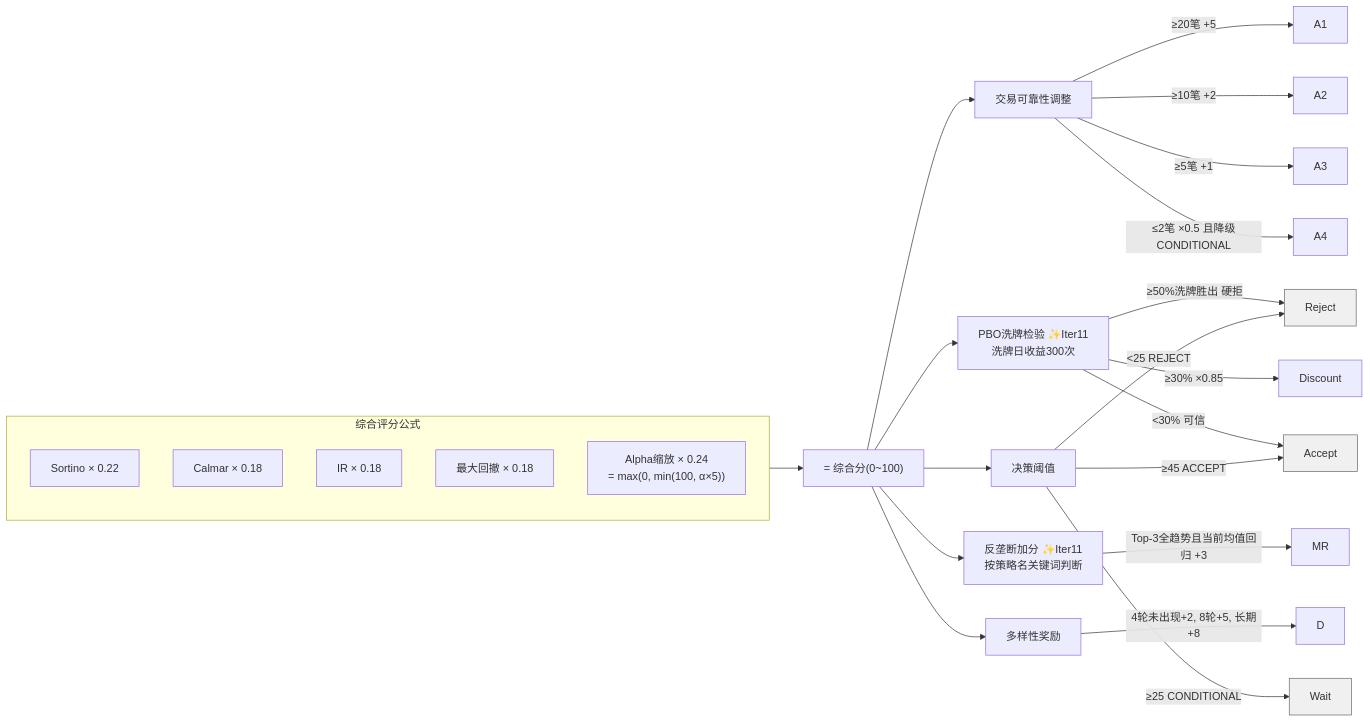
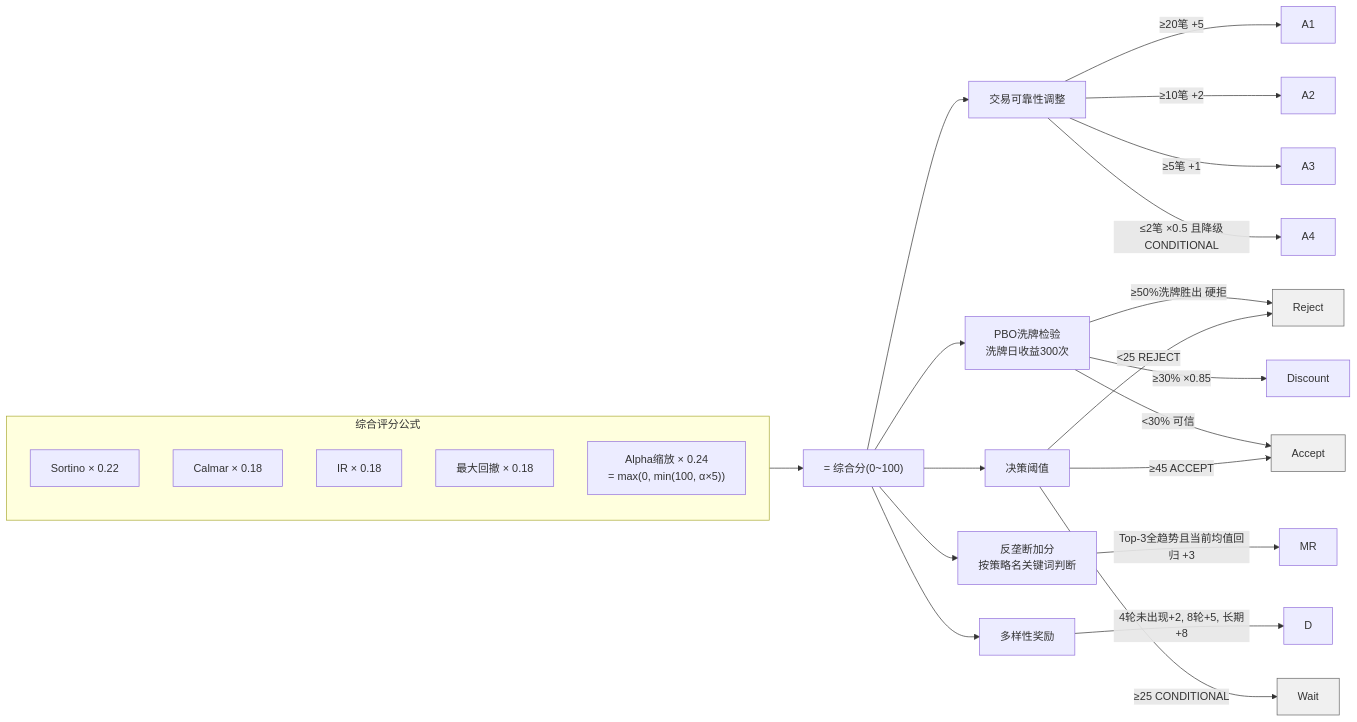
One commit to Readm/quant changed the diagram in dashboard/src/data/strategy/scoring_standards.mmd. Above: the diagram before and after it, drawn with Mermaid. The commit also changed 4 other files, not shown here.

```diff
--- a/dashboard/src/data/strategy/scoring_standards.mmd
+++ b/dashboard/src/data/strategy/scoring_standards.mmd
@@ -1,36 +1,36 @@
 graph LR
     subgraph Composite["综合评分公式"]
         Sortino["Sortino × 0.22"]
         Calmar["Calmar × 0.18"]
         IR["IR × 0.18"]
         Drawdown["最大回撤 × 0.18"]
         AlphaScaled["Alpha缩放 × 0.24<br/>= max(0, min(100, α×5))"]
     end
 
     Composite --> Sum["= 综合分(0~100)"]
 
     Sum --> TradeAdj["交易可靠性调整"]
     TradeAdj --> |"≥20笔 +5"| A1
     TradeAdj --> |"≥10笔 +2"| A2
     TradeAdj --> |"≥5笔 +1"| A3
     TradeAdj --> |"≤2笔 ×0.5 且降级CONDITIONAL"| A4
 
-    Sum --> PBO["PBO洗牌检验 ✨Iter11<br/>洗牌日收益300次"]
+    Sum --> PBO["PBO洗牌检验<br/>洗牌日收益300次"]
     PBO --> |"≥50%洗牌胜出 硬拒"| Reject
     PBO --> |"≥30% ×0.85"| Discount
     PBO --> |"<30% 可信"| Accept
 
-    Sum --> AntiMono["反垄断加分 ✨Iter11<br/>按策略名关键词判断"]
+    Sum --> AntiMono["反垄断加分<br/>按策略名关键词判断"]
     AntiMono --> |"Top-3全趋势且当前均值回归 +3"| MR
 
     Sum --> Diversity["多样性奖励"]
     Diversity --> |"4轮未出现+2, 8轮+5, 长期+8"| D
 
     Sum --> Decision["决策阈值"]
     Decision --> |"≥45 ACCEPT"| Accept
     Decision --> |"≥25 CONDITIONAL"| Wait
     Decision --> |"<25 REJECT"| Reject
 
     style Accept fill:#f0f0f0,stroke:#666,stroke-width:1px
     style Wait fill:#f0f0f0,stroke:#666,stroke-width:1px
     style Reject fill:#f0f0f0,stroke:#666,stroke-width:1px
```
